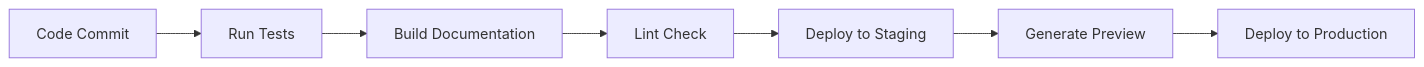
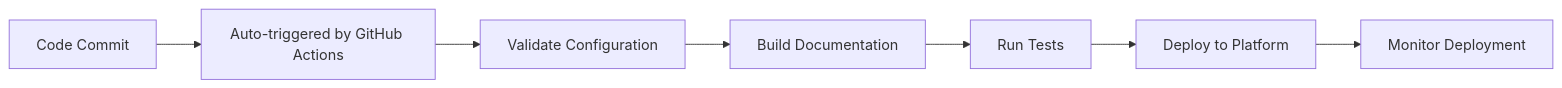
Before and after one commit to UltraOptiMega/UltraOptiMega.github.io: the sixth of 6 diagrams in .qoder/repowiki/en/content/Deployment Guide.md, drawn with Mermaid. The commit also changed other lines of this file and 6 other files, not shown here.

````diff
--- a/.qoder/repowiki/en/content/Deployment Guide.md
+++ b/.qoder/repowiki/en/content/Deployment Guide.md
@@ -302,9 +278,9 @@
 ```mermaid
 flowchart LR
-Commit["Code Commit"] --> Test["Run Tests"]
-Test --> Build["Build Documentation"]
-Build --> Lint["Lint Check"]
-Lint --> Deploy["Deploy to Staging"]
-Deploy --> Preview["Generate Preview"]
-Preview --> Production["Deploy to Production"]
+Commit["Code Commit"] --> AutoTrigger["Auto-triggered by GitHub Actions"]
+AutoTrigger --> Validate["Validate Configuration"]
+Validate --> Build["Build Documentation"]
+Build --> Test["Run Tests"]
+Test --> Deploy["Deploy to Platform"]
+Deploy --> Monitor["Monitor Deployment"]
 ```
````
